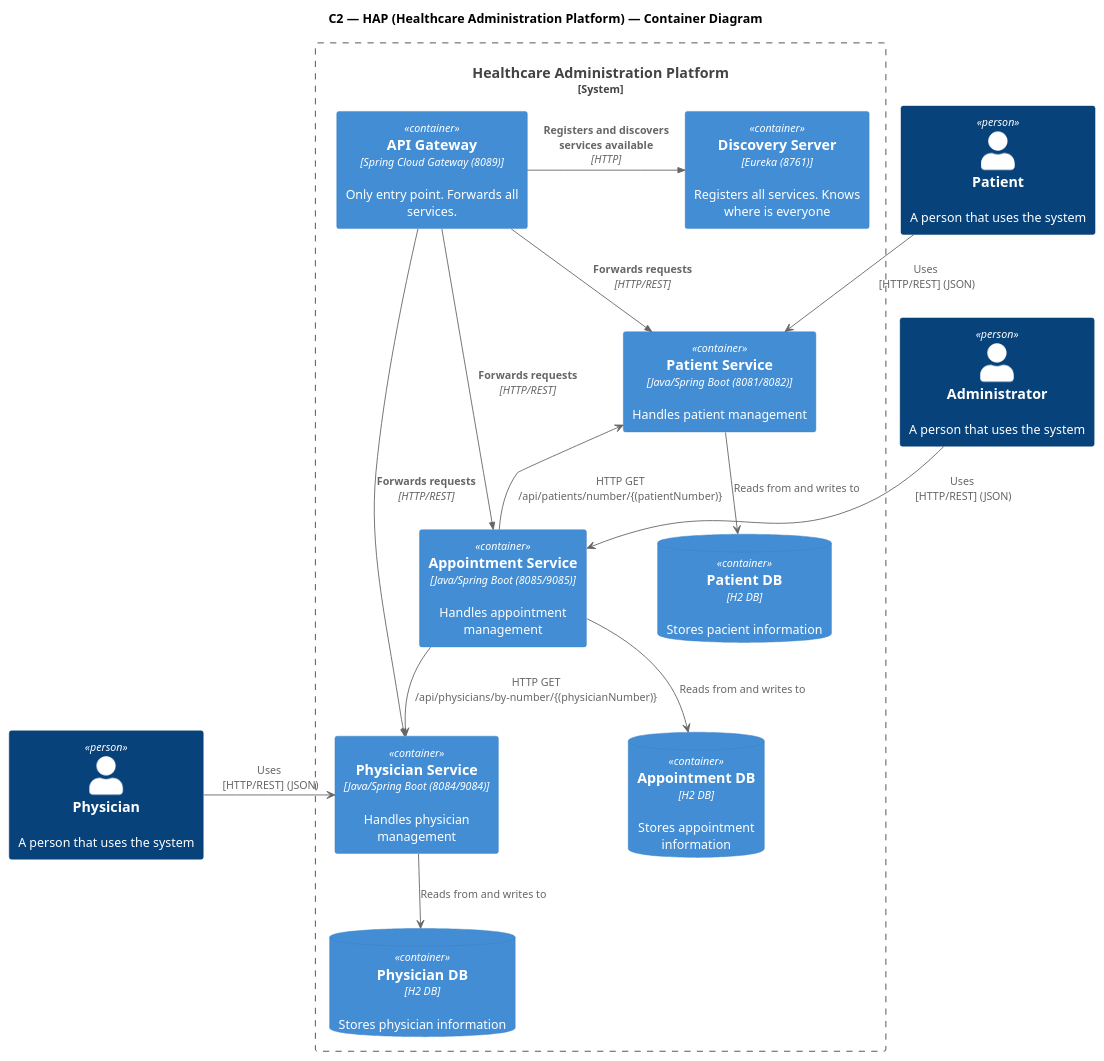
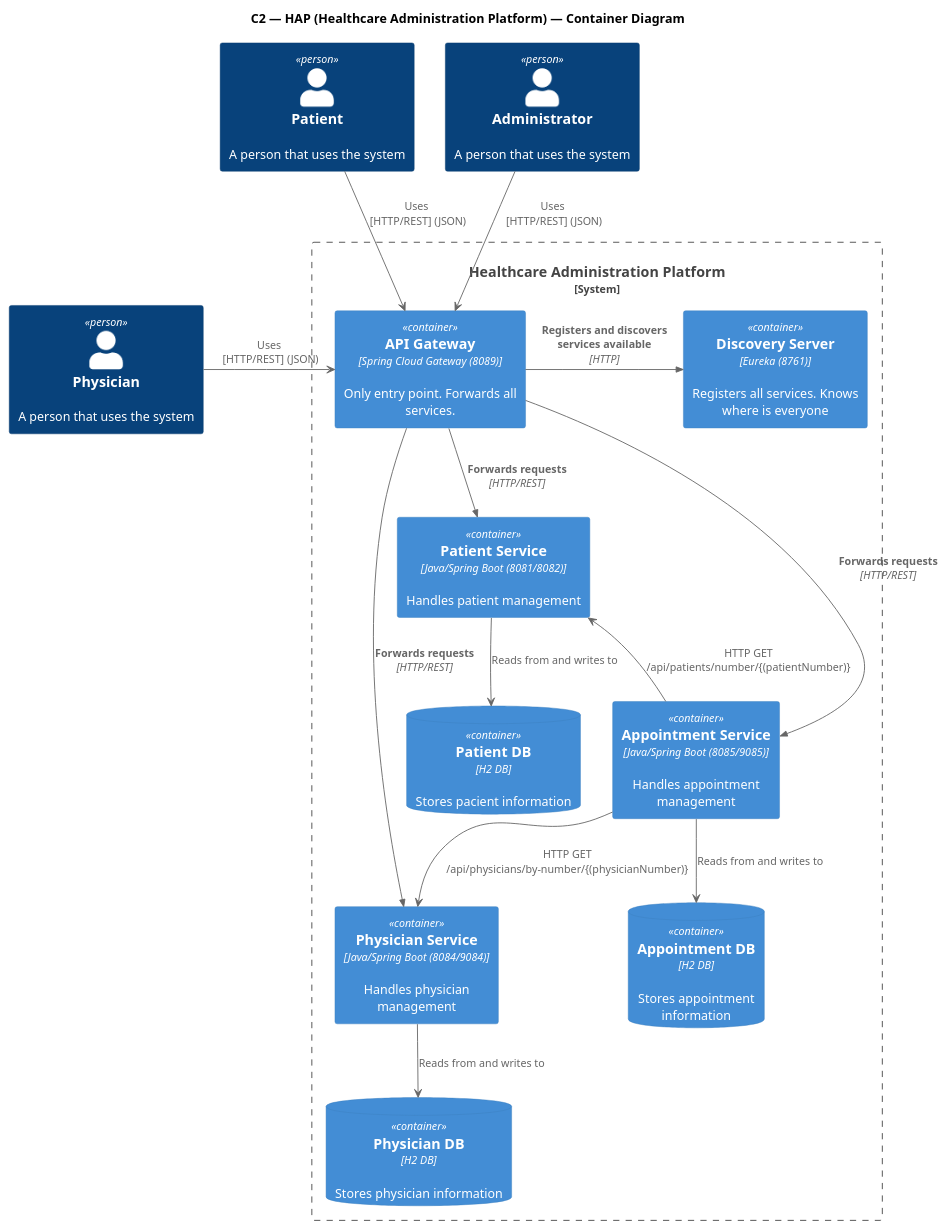
Before and after one commit to 1211104/PROJ_SIDIS2025: the diagram in docs/C4/C2.puml, drawn with PlantUML. The commit also changed 1 other file, not shown here.

```diff
--- a/docs/C4/C2.puml
+++ b/docs/C4/C2.puml
@@ -1,55 +1,55 @@
 @startuml
 title C2 — HAP (Healthcare Administration Platform) — Container Diagram
 
 !include https://raw.githubusercontent.com/plantuml-stdlib/C4-PlantUML/master/C4_Container.puml
 
 
 
 Person(physician, "Physician", "A person that uses the system")
 Person(patient, "Patient", "A person that uses the system")
 Person(admin, "Administrator", "A person that uses the system")
 
 
 skinparam shadowing false
 
 System_Boundary(hap, "Healthcare Administration Platform") {
 
   Container(api_gw, "API Gateway", "Spring Cloud Gateway (8089)", "Only entry point. Forwards all services.")
   Container(discovery_server, "Discovery Server", "Eureka (8761)", "Registers all services. Knows where is everyone")
 
 
   Container(physiansService, "Physician Service", "Java/Spring Boot (8084/9084)", "Handles physician management")
   Container(patientsService, "Patient Service", "Java/Spring Boot (8081/8082)", "Handles patient management")
   Container(appointmentService, "Appointment Service", "Java/Spring Boot (8085/9085)", "Handles appointment management")
 
 
   ContainerDb(PatientsDB, "Patient DB", "H2 DB", "Stores pacient information")
   ContainerDb(PhysiciansDB, "Physician DB", "H2 DB", "Stores physician information")
   ContainerDb(AppointmentsDB, "Appointment DB", "H2 DB", "Stores appointment information")
 
 }
 
-physician -right-> physiansService : Uses\n [HTTP/REST] (JSON)
-patient -down-> patientsService : Uses\n [HTTP/REST] (JSON)
-admin -down-> appointmentService : Uses\n [HTTP/REST] (JSON)
+physician -right-> api_gw : Uses\n [HTTP/REST] (JSON)
+patient -down-> api_gw : Uses\n [HTTP/REST] (JSON)
+admin -down-> api_gw : Uses\n [HTTP/REST] (JSON)
 
 
 Rel_Right(api_gw, discovery_server, "Registers and discovers services available", "HTTP")
 
 ' Ligações entre containers (criação de appointment valida entidades)
 appointmentService --> physiansService : HTTP GET\n/api/physicians/by-number/{(physicianNumber)}
 appointmentService -up-> patientsService      : HTTP GET\n/api/patients/number/{(patientNumber)}
 
 ' Persistência local
 patientsService --> PatientsDB : Reads from and writes to
 physiansService --> PhysiciansDB : Reads from and writes to
 appointmentService --> AppointmentsDB : Reads from and writes to
 
 
 Rel_Down(api_gw, physiansService, "Forwards requests", "HTTP/REST")
 Rel_Down(api_gw, patientsService, "Forwards requests", "HTTP/REST")
 Rel_Down(api_gw, appointmentService, "Forwards requests", "HTTP/REST")
 
 
 
 @enduml
```
